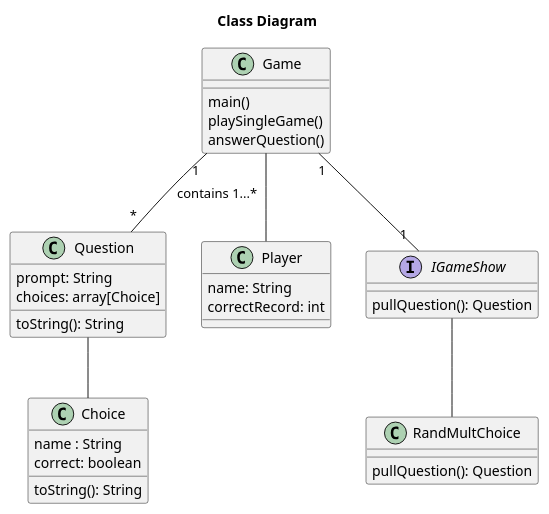
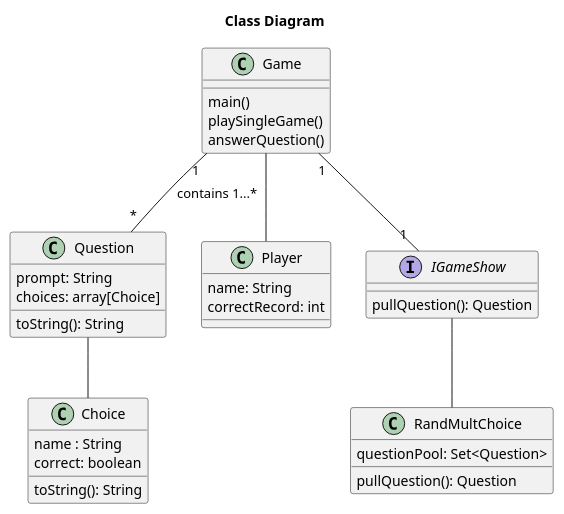
One commit to aczar09/Trivia-Game-Android changed the first of 4 diagrams in doc/design.md. Above: the diagram before and after it, drawn with PlantUML.

Commit message:
Edited new sequence diagrams describing question retrieval

````diff
--- a/doc/design.md
+++ b/doc/design.md
@@ -11,35 +11,36 @@
 ```plantuml
 title Class Diagram
 ' classes
 class Game{
 main()
 playSingleGame()
 answerQuestion()
 }
 class Question{
     prompt: String
     choices: array[Choice]
     toString(): String
     
 }
 class Choice{
     name : String
     correct: boolean
     toString(): String
 }
 class Player{
 name: String
 correctRecord: int
 }
 interface IGameShow{
     pullQuestion(): Question
 }
 Game "1" -- "*" Question : contains 1...*
 Question -- Choice
 Game -- Player
 Game "1"-- " 1 " IGameShow
 class RandMultChoice{
+    questionPool: Set<Question>
     pullQuestion(): Question
 }
 IGameShow -- RandMultChoice
 ```
````
